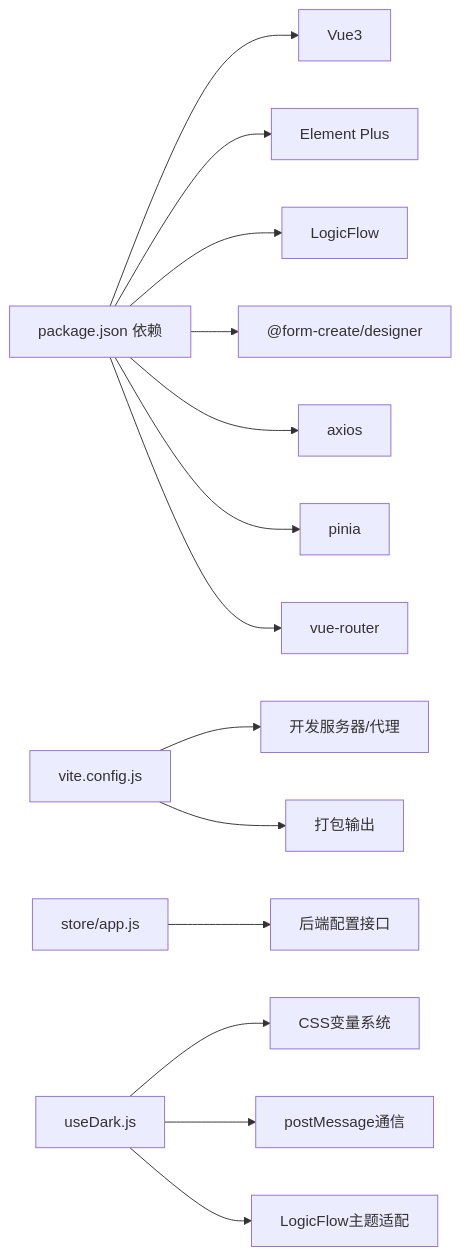
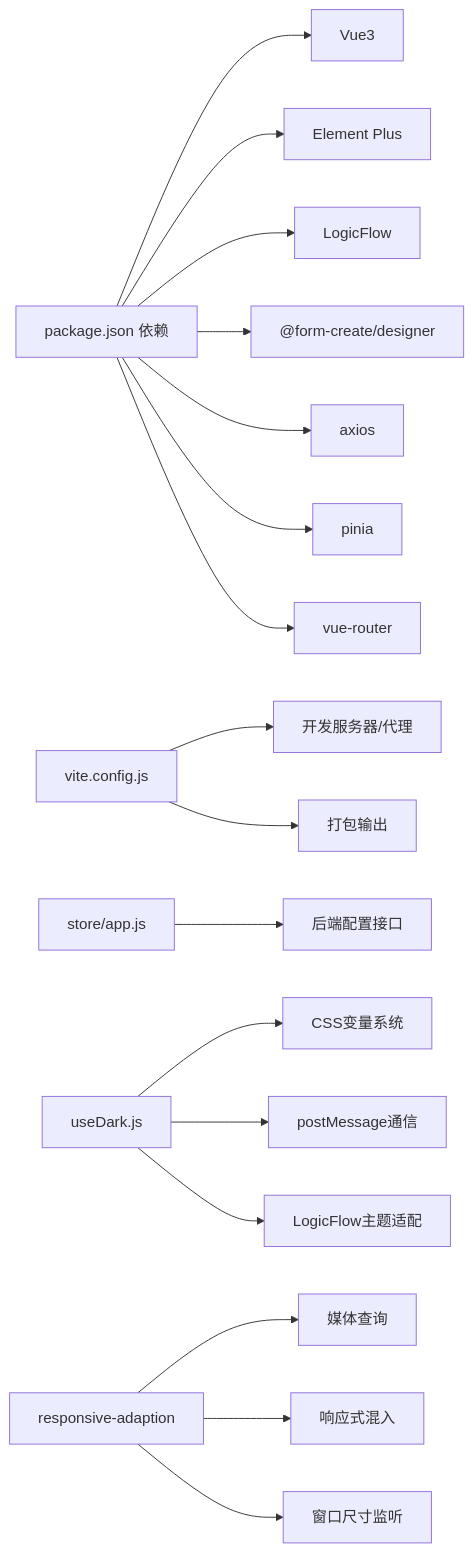
One commit to dromara/warm-flow changed the ninth of 9 diagrams in .qoder/repowiki/zh/content/可视化设计器/可视化设计器.md. Above: the diagram before and after it, drawn with Mermaid. The commit also changed other lines of this file and 18 other files, not shown here.

````diff
--- a/.qoder/repowiki/zh/content/可视化设计器/可视化设计器.md
+++ b/.qoder/repowiki/zh/content/可视化设计器/可视化设计器.md
@@ -397,16 +498,19 @@
 ```mermaid
 graph LR
 Pkg["package.json 依赖"] --> Vue["Vue3"]
 Pkg --> EP["Element Plus"]
 Pkg --> LF["LogicFlow"]
 Pkg --> FC["@form-create/designer"]
 Pkg --> Axios["axios"]
 Pkg --> Pinia["pinia"]
 Pkg --> Router["vue-router"]
 ViteCfg["vite.config.js"] --> Dev["开发服务器/代理"]
 ViteCfg --> Build["打包输出"]
 Store["store/app.js"] --> Config["后端配置接口"]
 Dark["useDark.js"] --> CSSVars["CSS变量系统"]
 Dark --> PostMessage["postMessage通信"]
 Dark --> LFTheme["LogicFlow主题适配"]
+Responsive["responsive-adaption"] --> MediaQueries["媒体查询"]
+Responsive --> Mixins["响应式混入"]
+Responsive --> WindowListener["窗口尺寸监听"]
 ```
````
